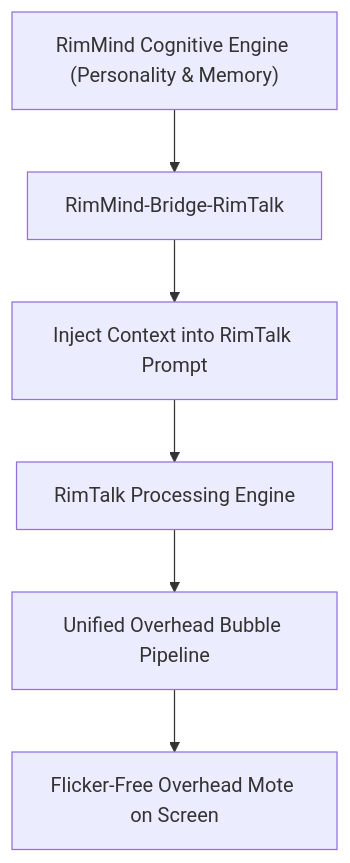
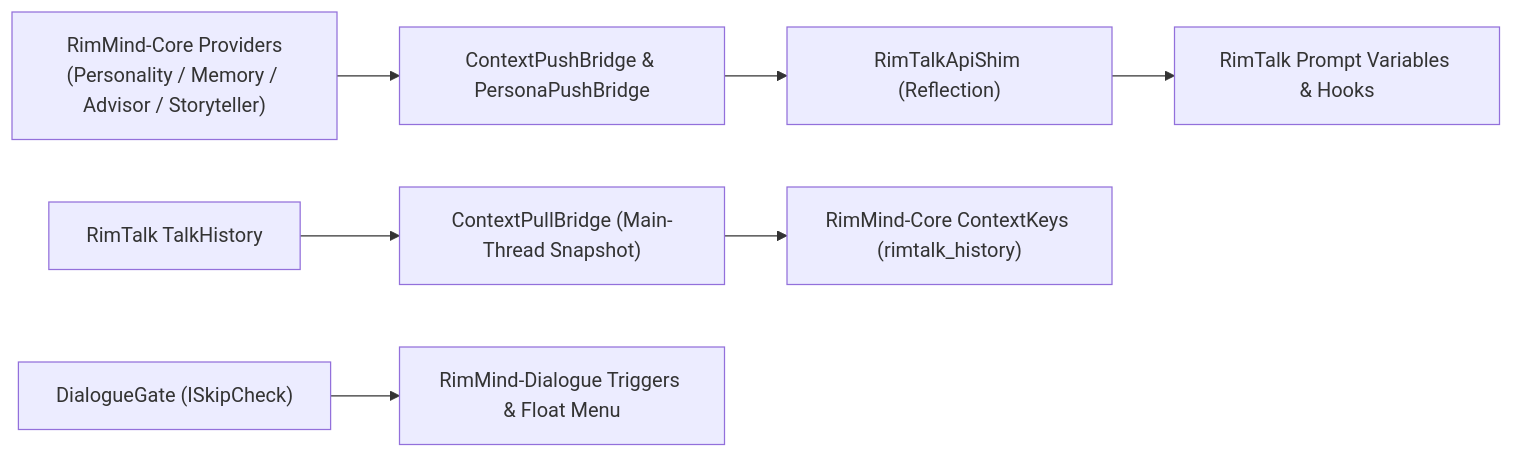
One commit to RimWorld-RimMind-Mod/RimWorld-RimMind-Mod-Bridge-RimTalk changed the diagram in README.md. Above: the diagram before and after it, drawn with Mermaid. The commit also changed other lines of this file and 21 other files, not shown here.

First line of the commit message:
refactor(bridge-rimtalk): resolve enums by name, fix About dependencies, and remove obsolete coordinator (#23)

````diff
--- a/README.md
+++ b/README.md
@@ -41,8 +41,9 @@
 ```mermaid
-flowchart TD
-    Mind["RimMind Cognitive Engine (Personality & Memory)"] --> Bridge["RimMind-Bridge-RimTalk"]
-    Bridge --> Inject["Inject Context into RimTalk Prompt"]
-    Inject --> RimTalk["RimTalk Processing Engine"]
-    RimTalk --> BubblePipeline["Unified Overhead Bubble Pipeline"]
-    BubblePipeline --> Screen["Flicker-Free Overhead Mote on Screen"]
+flowchart LR
+    CoreProviders["RimMind-Core Providers<br/>(Personality / Memory / Advisor / Storyteller)"] --> Push["ContextPushBridge &amp; PersonaPushBridge"]
+    Push --> Shim["RimTalkApiShim (Reflection)"]
+    Shim --> RimTalk["RimTalk Prompt Variables &amp; Hooks"]
+    RimTalkHistory["RimTalk TalkHistory"] --> Pull["ContextPullBridge (Main-Thread Snapshot)"]
+    Pull --> CoreContext["RimMind-Core ContextKeys (rimtalk_history)"]
+    Gate["DialogueGate (ISkipCheck)"] --> RimMindDialogue["RimMind-Dialogue Triggers &amp; Float Menu"]
 ```
````
